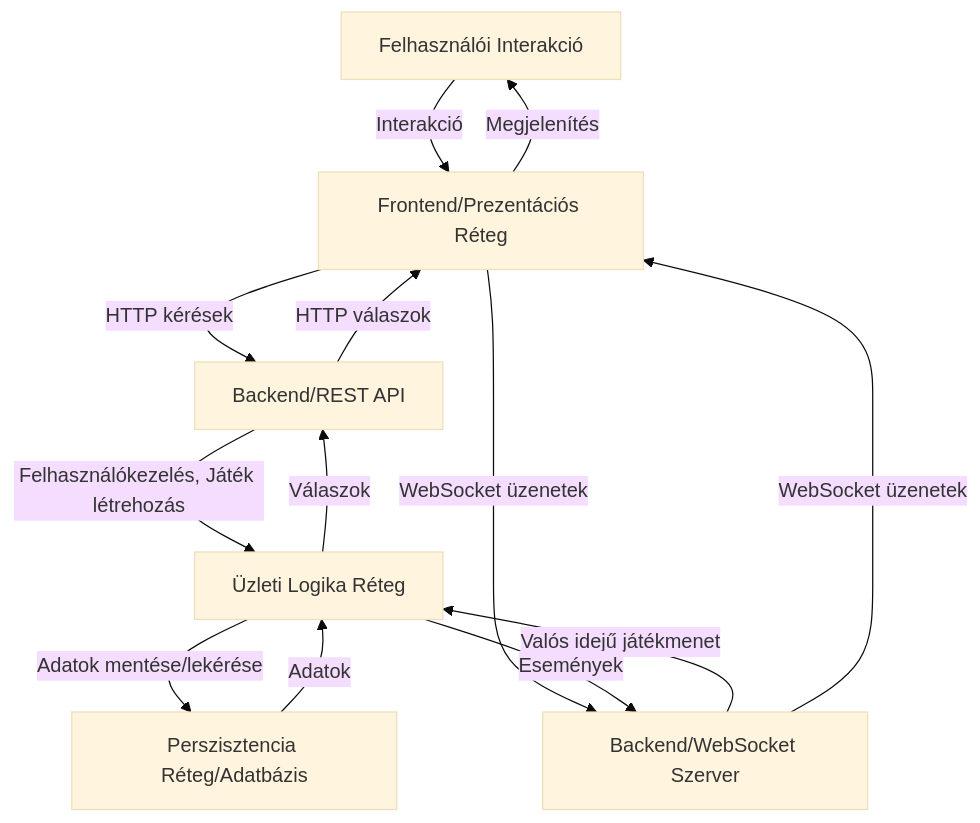
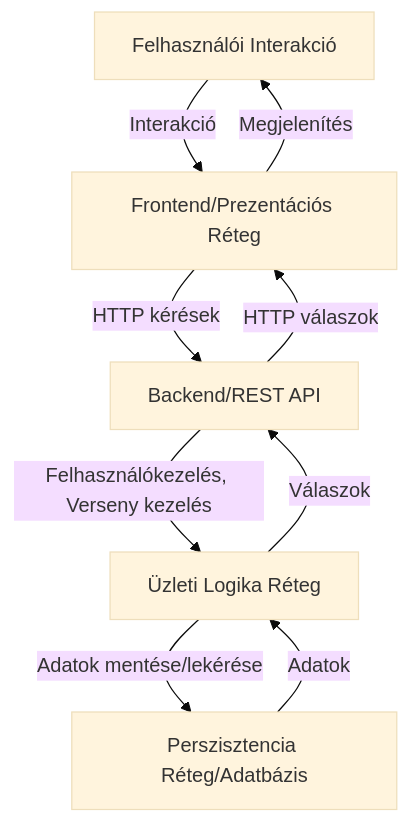
One commit to GitDevla/infinite-simon changed the second of 6 diagrams in docs/system-design.md. Above: the diagram before and after it, drawn with Mermaid (base theme). The commit also changed other lines of this file and 2 other files, not shown here.

````diff
--- a/docs/system-design.md
+++ b/docs/system-design.md
@@ -104,15 +101,11 @@
 ```mermaid
 graph TD
     A[Felhasználói Interakció] -->|Interakció| B[Frontend/Prezentációs Réteg]
     B -->|HTTP kérések| C[Backend/REST API]
-    B -->|WebSocket üzenetek| D[Backend/WebSocket Szerver]
-    C -->|Felhasználókezelés, Játék létrehozás| E[Üzleti Logika Réteg]
-    D -->|Valós idejű játékmenet| E
-    E -->|Adatok mentése/lekérése| F[Perszisztencia Réteg/Adatbázis]
-    F -->|Adatok| E
-    E -->|Válaszok| C
-    E -->|Események| D
+    C -->|Felhasználókezelés, Verseny kezelés| D[Üzleti Logika Réteg]
+    D -->|Adatok mentése/lekérése| E[Perszisztencia Réteg/Adatbázis]
+    E -->|Adatok| D
+    D -->|Válaszok| C
     C -->|HTTP válaszok| B
-    D -->|WebSocket üzenetek| B
     B -->|Megjelenítés| A
 ```
````
